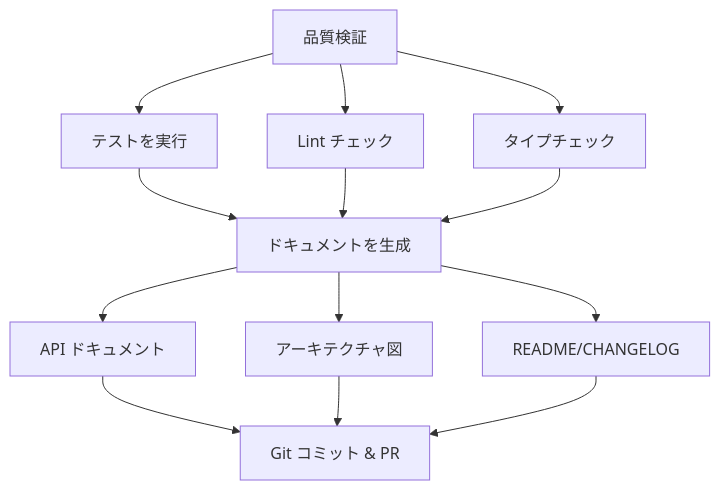
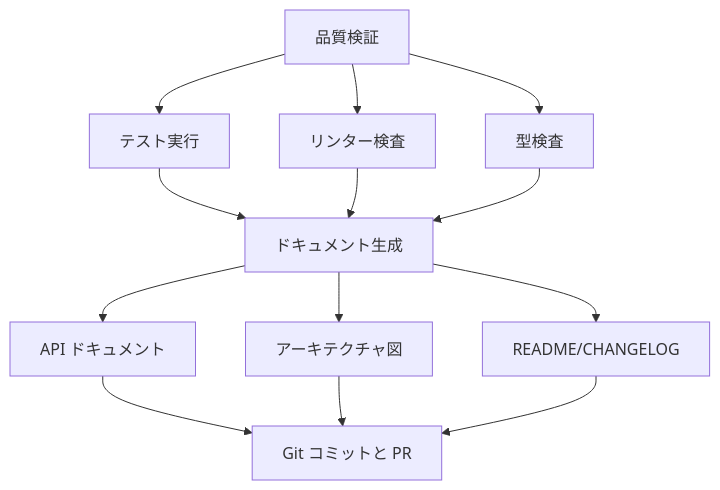
One commit to modu-ai/moai-adk changed the sixth of 9 diagrams in docs-site/content/ja/getting-started/quickstart.md. Above: the diagram before and after it, drawn with Mermaid. The commit also changed other lines of this file and 395 other files, not shown here.

````diff
--- a/docs-site/content/ja/getting-started/quickstart.md
+++ b/docs-site/content/ja/getting-started/quickstart.md
@@ -226,18 +228,18 @@
 ```mermaid
 graph TD
-    A["品質検証"] --> B["テストを実行"]
-    A --> C["Lint チェック"]
-    A --> D["タイプチェック"]
+    A["品質検証"] --> B["テスト実行"]
+    A --> C["リンター検査"]
+    A --> D["型検査"]
 
-    B --> E["ドキュメントを生成"]
+    B --> E["ドキュメント生成"]
     C --> E
     D --> E
 
     E --> F["API ドキュメント"]
     E --> G["アーキテクチャ図"]
     E --> H["README/CHANGELOG"]
 
-    F --> I["Git コミット & PR"]
+    F --> I["Git コミットと PR"]
     G --> I
     H --> I
 ```
````
